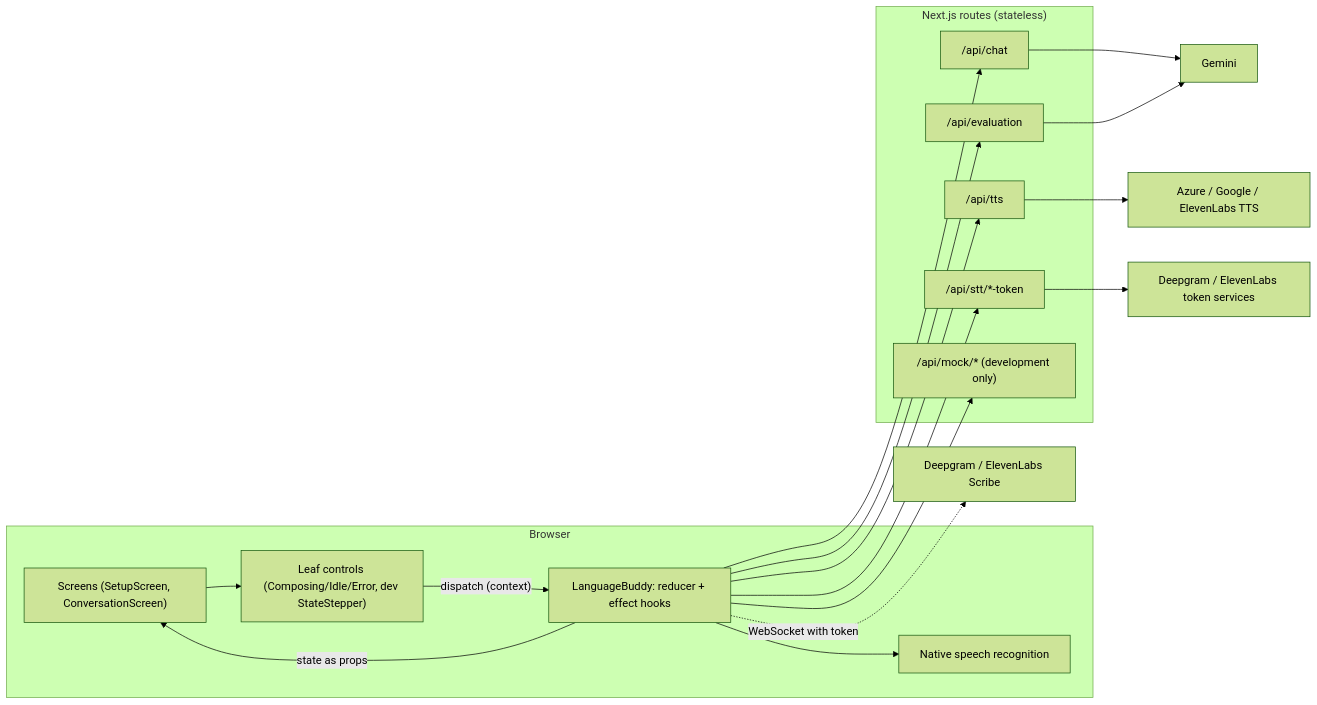
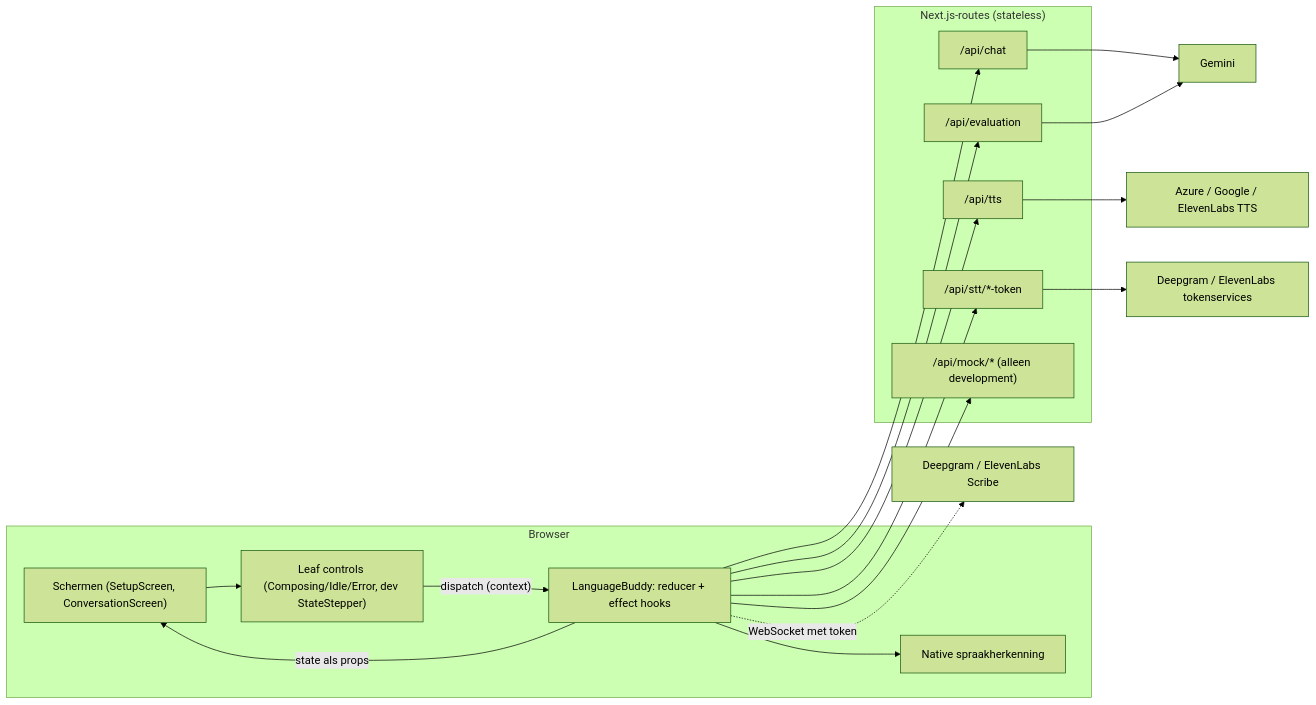
Before and after one commit to jaronbarends/lab-language-buddy: the first of 2 diagrams in docs/grootboek/software-architectuur.md, drawn with Mermaid (forest theme). The commit also changed other lines of this file and 12 other files, not shown here.

````diff
--- a/docs/grootboek/software-architectuur.md
+++ b/docs/grootboek/software-architectuur.md
@@ -63,25 +68,25 @@
 ```mermaid
 flowchart LR
   subgraph Browser
-    SCREENS["Screens (SetupScreen, ConversationScreen)"]
+    SCREENS["Schermen (SetupScreen, ConversationScreen)"]
     CTRL["Leaf controls (Composing/Idle/Error, dev StateStepper)"]
     RED["LanguageBuddy: reducer + effect hooks"]
-    NATIVE["Native speech recognition"]
+    NATIVE["Native spraakherkenning"]
   end
-  subgraph Server["Next.js routes (stateless)"]
+  subgraph Server["Next.js-routes (stateless)"]
     CHAT["/api/chat"]
     EVAL["/api/evaluation"]
     TTS["/api/tts"]
     TOK["/api/stt/*-token"]
-    MOCK["/api/mock/* (development only)"]
+    MOCK["/api/mock/* (alleen development)"]
   end
-  RED -- "state as props" --> SCREENS --> CTRL
+  RED -- "state als props" --> SCREENS --> CTRL
   CTRL -- "dispatch (context)" --> RED
   RED --> NATIVE
   RED --> CHAT --> GEM["Gemini"]
   RED --> EVAL --> GEM
   RED --> TTS --> TV["Azure / Google / ElevenLabs TTS"]
-  RED --> TOK --> SV["Deepgram / ElevenLabs token services"]
-  RED -. "WebSocket with token" .-> STT["Deepgram / ElevenLabs Scribe"]
+  RED --> TOK --> SV["Deepgram / ElevenLabs tokenservices"]
+  RED -. "WebSocket met token" .-> STT["Deepgram / ElevenLabs Scribe"]
   RED --> MOCK
 ```
````
